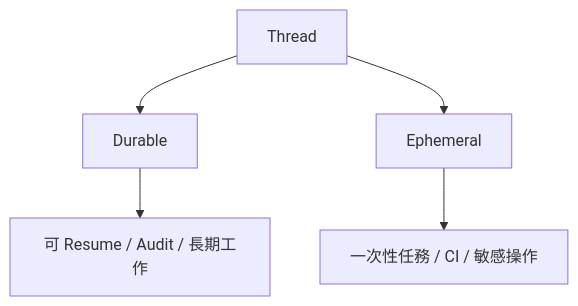
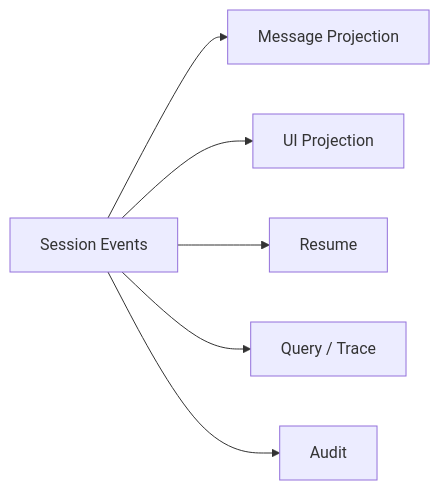
One commit to indigofeather/harness-book changed the fourth of 5 diagrams in docs/foundations/thread-turn-item.md. Above: the diagram before and after it, drawn with Mermaid. The commit also changed other lines of this file and 48 other files, not shown here.

````diff
--- a/docs/foundations/thread-turn-item.md
+++ b/docs/foundations/thread-turn-item.md
@@ -276,7 +149,8 @@
 ```mermaid
-flowchart TB
-  T[Thread] --> D[Durable]
-  T --> E[Ephemeral]
-  D --> D1[可 Resume / Audit / 長期工作]
-  E --> E1[一次性任務 / CI / 敏感操作]
+flowchart LR
+  E[Session Events] --> M[Message Projection]
+  E --> U[UI Projection]
+  E --> R[Resume]
+  E --> Q[Query / Trace]
+  E --> A[Audit]
 ```
````
